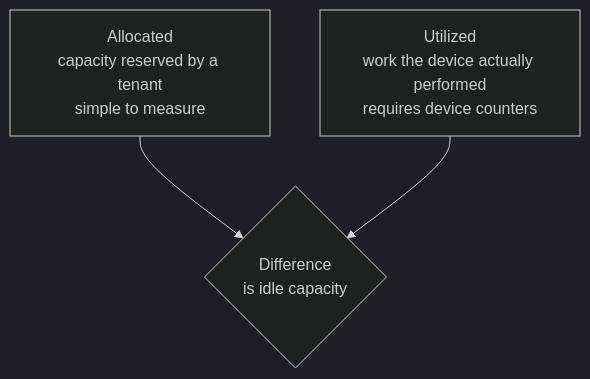
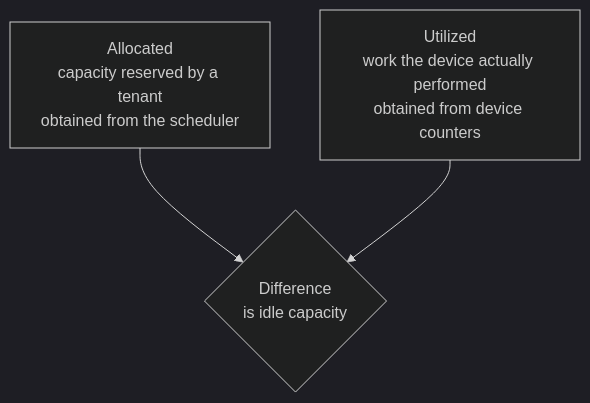
One commit to arpanpathak/cracking-the-systems-programming-interview changed the first of 3 diagrams in systems_design/05-operations-and-cost.md. Above: the diagram before and after it, drawn with Mermaid (dark theme). The commit also changed other lines of this file and 5 other files, not shown here.

````diff
--- a/systems_design/05-operations-and-cost.md
+++ b/systems_design/05-operations-and-cost.md
@@ -10,7 +12,7 @@
 ```mermaid
 flowchart TB
-    ALLOC["Allocated<br/>capacity reserved by a tenant<br/>simple to measure"]
-    USED["Utilized<br/>work the device actually performed<br/>requires device counters"]
+    ALLOC["Allocated<br/>capacity reserved by a tenant<br/>obtained from the scheduler"]
+    USED["Utilized<br/>work the device actually performed<br/>obtained from device counters"]
     ALLOC --> GAP{"Difference<br/>is idle capacity"}
     USED --> GAP
 ```
````
